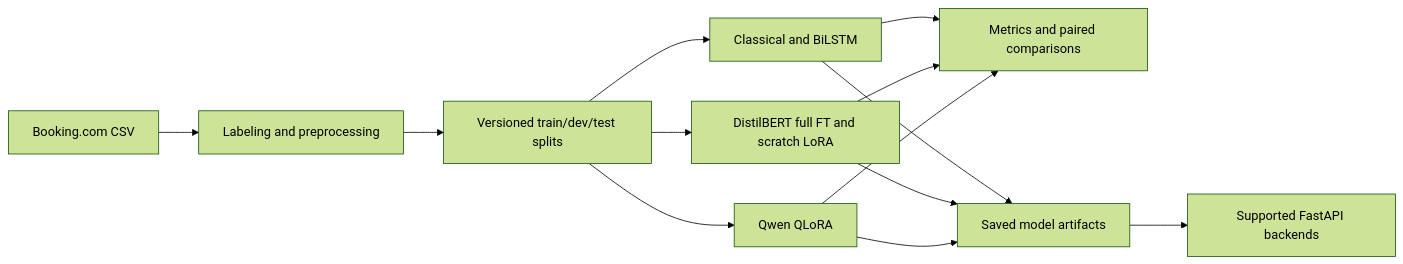
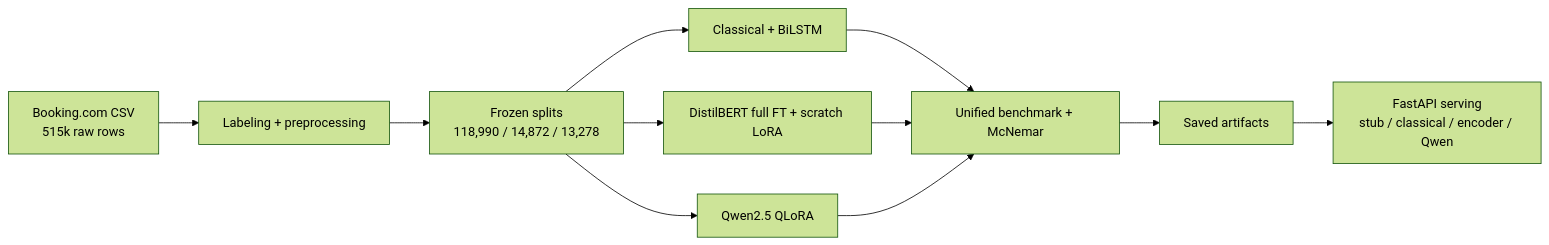
One commit to krimits/hotel-review-nlp changed the diagram in README.md. Above: the diagram before and after it, drawn with Mermaid (forest theme). The commit also changed other lines of this file, not shown here.

````diff
--- a/README.md
+++ b/README.md
@@ -141,11 +106,11 @@
 ```mermaid
 flowchart LR
-    A[Booking.com CSV] --> B[Labeling and preprocessing]
-    B --> C[Versioned train/dev/test splits]
-    C --> D[Classical and BiLSTM]
-    C --> E[DistilBERT full FT and scratch LoRA]
-    C --> F[Qwen QLoRA]
-    D & E & F --> G[Metrics and paired comparisons]
-    D & E & F --> H[Saved model artifacts]
-    H --> I[Supported FastAPI backends]
+    A[Booking.com CSV<br/>515k raw rows] --> B[Labeling + preprocessing]
+    B --> C[Frozen splits<br/>118,990 / 14,872 / 13,278]
+    C --> D[Classical + BiLSTM]
+    C --> E[DistilBERT full FT + scratch LoRA]
+    C --> F[Qwen2.5 QLoRA]
+    D & E & F --> G[Unified benchmark + McNemar]
+    G --> H[Saved artifacts]
+    H --> I[FastAPI serving<br/>stub / classical / encoder / Qwen]
 ```
````
